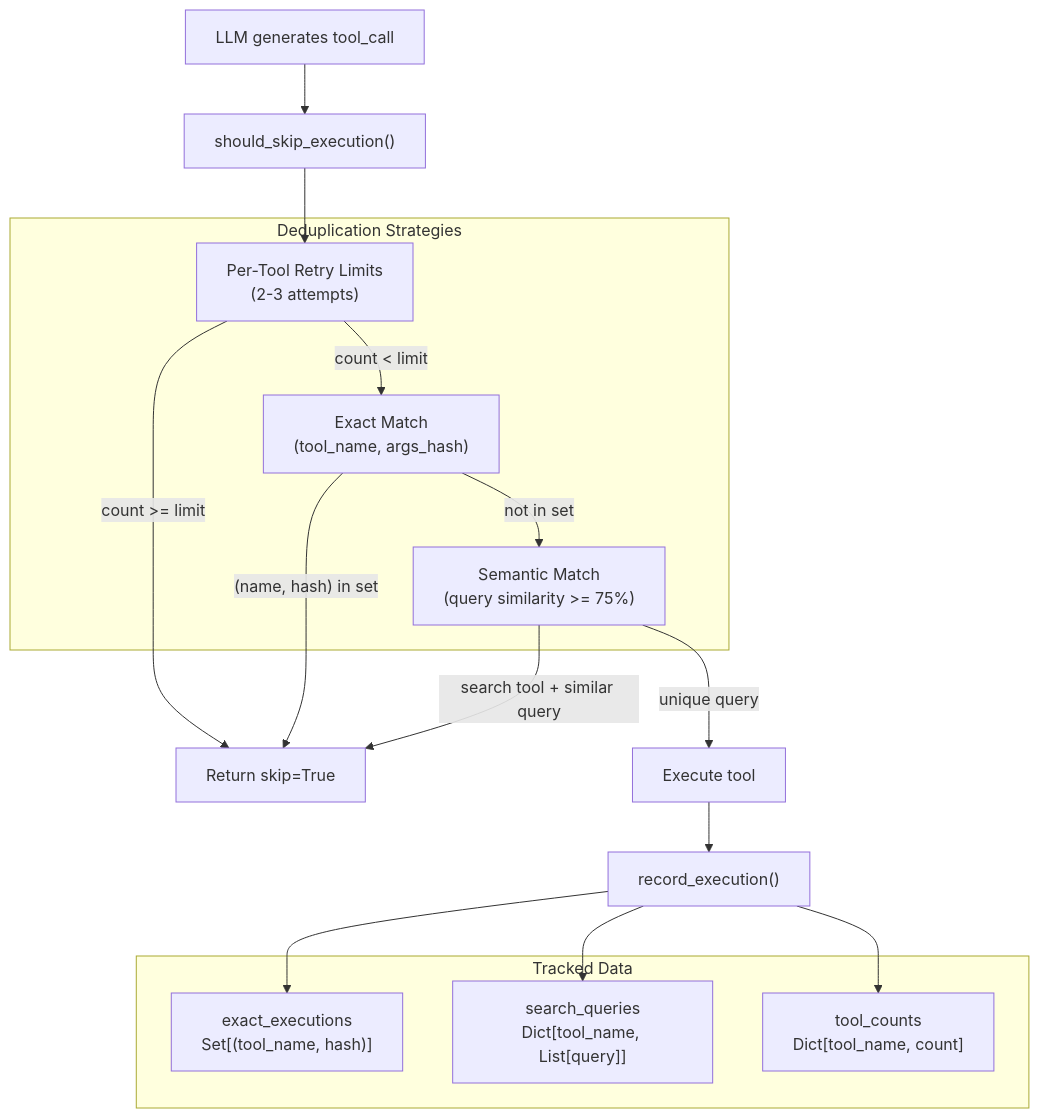
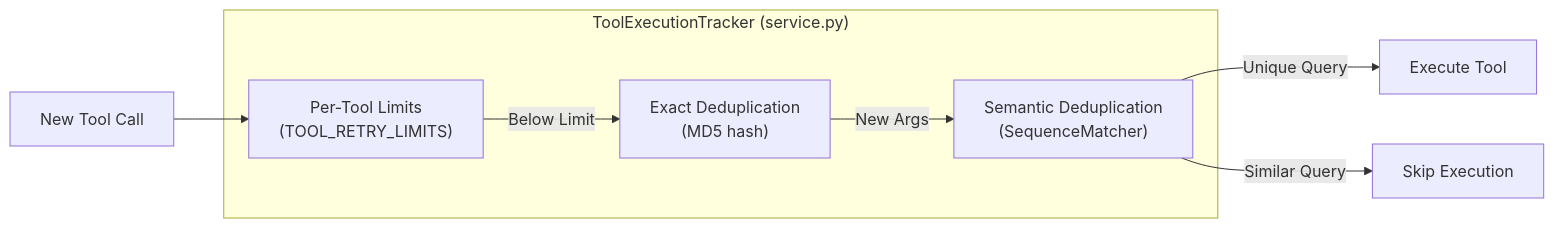
Before and after one commit to AutomatosAI/automatos-ai: the third of 3 diagrams in docs/chat-interface/streaming-chat-service.md, drawn with Mermaid. The commit also changed other lines of this file and 149 other files, not shown here.

Commit message:
docs: refresh documentation with graphify semantic scan

````diff
--- a/docs/chat-interface/streaming-chat-service.md
+++ b/docs/chat-interface/streaming-chat-service.md
@@ -226,31 +158,14 @@
 ```mermaid
-graph TB
-    subgraph "Deduplication Strategies"
-        ExactMatch["Exact Match<br/>(tool_name, args_hash)"]
-        SemanticMatch["Semantic Match<br/>(query similarity >= 75%)"]
-        RetryLimit["Per-Tool Retry Limits<br/>(2-3 attempts)"]
+graph LR
+    subgraph "ToolExecutionTracker (service.py)"
+        T1["Exact Deduplication<br/>(MD5 hash)"]
+        T2["Semantic Deduplication<br/>(SequenceMatcher)"]
+        T3["Per-Tool Limits<br/>(TOOL_RETRY_LIMITS)"]
     end
-    
-    subgraph "Tracked Data"
-        ExactExecs["exact_executions<br/>Set[(tool_name, hash)]"]
-        SearchQueries["search_queries<br/>Dict[tool_name, List[query]]"]
-        ToolCounts["tool_counts<br/>Dict[tool_name, count]"]
-    end
-    
-    LLMToolCall["LLM generates tool_call"] --> CheckSkip["should_skip_execution()"]
-    
-    CheckSkip --> RetryLimit
-    RetryLimit -->|"count >= limit"| Skip["Return skip=True"]
-    RetryLimit -->|"count < limit"| ExactMatch
-    
-    ExactMatch -->|"(name, hash) in set"| Skip
-    ExactMatch -->|"not in set"| SemanticMatch
-    
-    SemanticMatch -->|"search tool + similar query"| Skip
-    SemanticMatch -->|"unique query"| Execute["Execute tool"]
-    
-    Execute --> Record["record_execution()"]
-    Record --> ExactExecs
-    Record --> SearchQueries
-    Record --> ToolCounts
+
+    Call["New Tool Call"] --> T3
+    T3 -->|"Below Limit"| T1
+    T1 -->|"New Args"| T2
+    T2 -->|"Unique Query"| Exec["Execute Tool"]
+    T2 -->|"Similar Query"| Skip["Skip Execution"]
 ```
````
